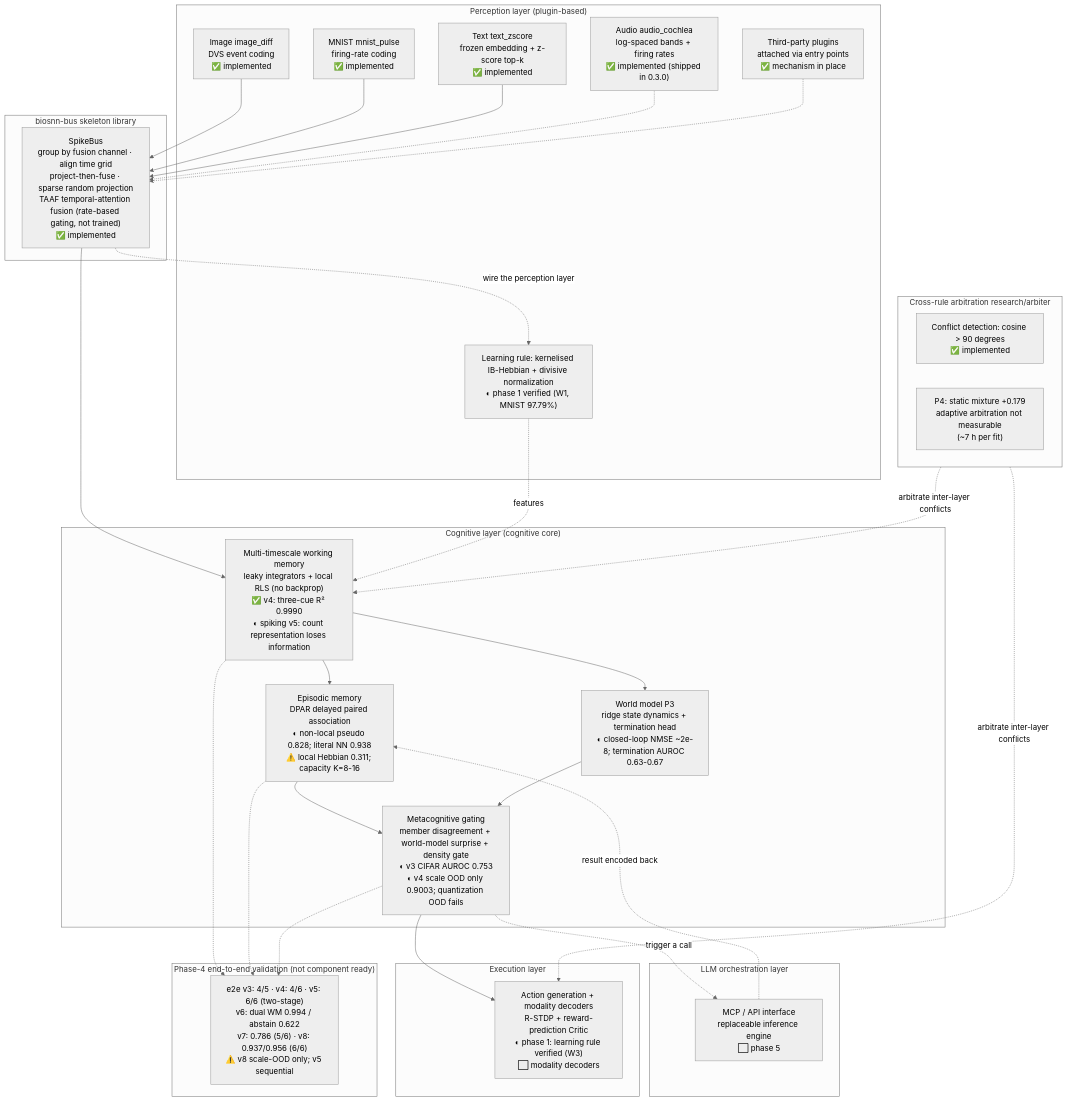
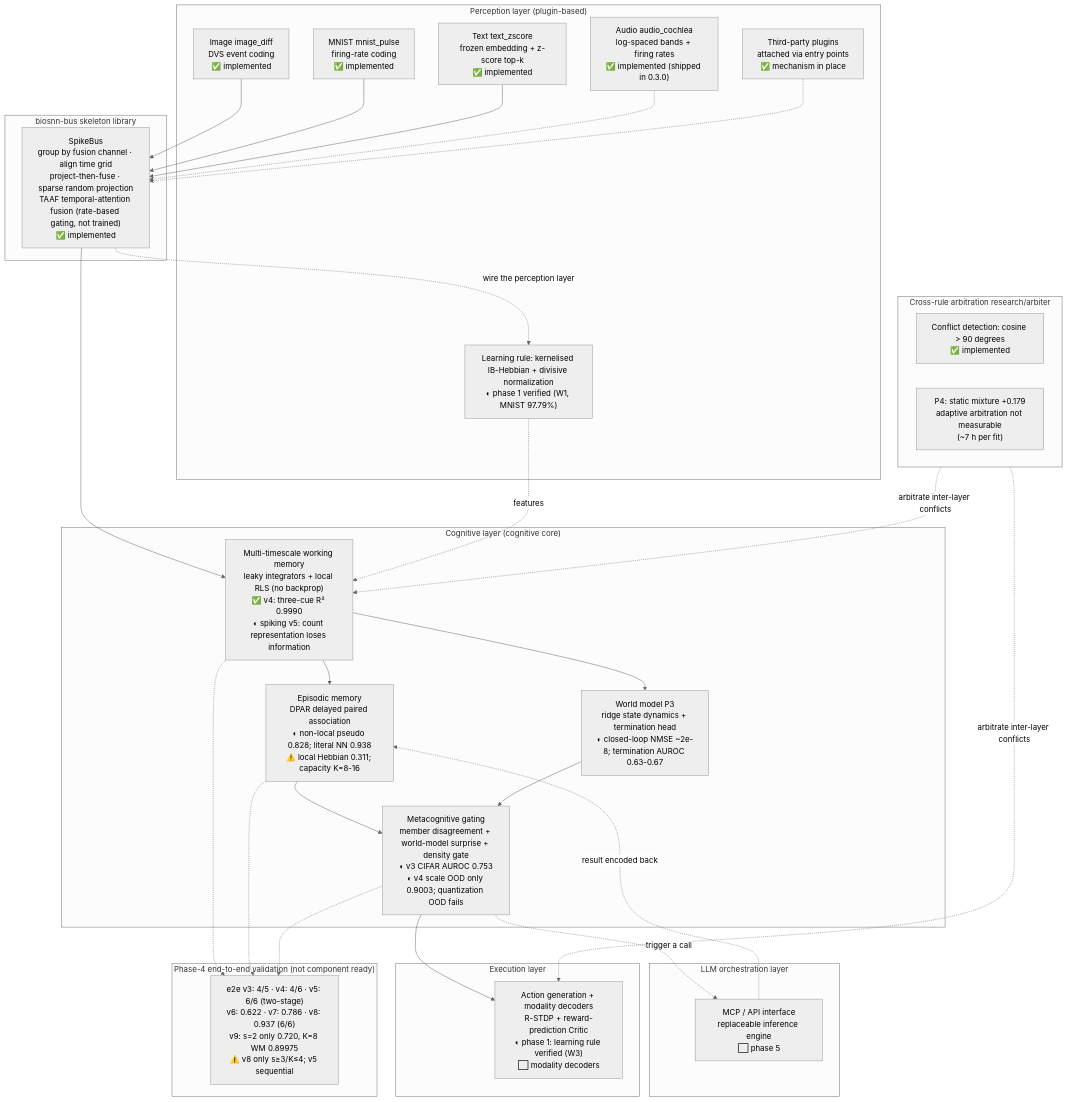
One commit to lzmd-arch/BioSNN-Plug changed the diagram in README.en.md. Above: the diagram before and after it, drawn with Mermaid (neutral theme). The commit also changed other lines of this file and 8 other files, not shown here.

````diff
--- a/README.en.md
+++ b/README.en.md
@@ -148,60 +148,60 @@
 ```mermaid
 flowchart TB
     subgraph L5["LLM orchestration layer"]
         MCP["MCP / API interface<br/>replaceable inference engine<br/>⬜ phase 5"]
     end
 
     subgraph L4["Execution layer"]
         ACT["Action generation + modality decoders<br/>R-STDP + reward-prediction Critic<br/>◐ phase 1: learning rule verified (W3)<br/>⬜ modality decoders"]
     end
 
     subgraph L3["Cognitive layer (cognitive core)"]
         WM["Multi-timescale working memory<br/>leaky integrators + local RLS (no backprop)<br/>✅ v4: three-cue R² 0.9990<br/>◐ spiking v5: count representation loses information"]
         EM["Episodic memory<br/>DPAR delayed paired association<br/>◐ non-local pseudo 0.828; literal NN 0.938<br/>⚠️ local Hebbian 0.311; capacity K=8-16"]
         MG["Metacognitive gating<br/>member disagreement + world-model surprise + density gate<br/>◐ v3 CIFAR AUROC 0.753<br/>◐ v4 scale OOD only 0.9003; quantization OOD fails"]
         WMODEL["World model P3<br/>ridge state dynamics + termination head<br/>◐ closed-loop NMSE ~2e-8; termination AUROC 0.63-0.67"]
     end
 
     subgraph ARB["Cross-rule arbitration research/arbiter"]
         CF["Conflict detection: cosine > 90 degrees<br/>✅ implemented"]
         ES["P4: static mixture +0.179<br/>adaptive arbitration not measurable<br/>(~7 h per fit)"]
     end
 
     subgraph L2["biosnn-bus skeleton library"]
         BUS["SpikeBus<br/>group by fusion channel · align time grid<br/>project-then-fuse · sparse random projection<br/>TAAF temporal-attention fusion (rate-based gating, not trained)<br/>✅ implemented"]
     end
 
     subgraph L1["Perception layer (plugin-based)"]
         IMG["Image image_diff<br/>DVS event coding<br/>✅ implemented"]
         MN["MNIST mnist_pulse<br/>firing-rate coding<br/>✅ implemented"]
         TXT["Text text_zscore<br/>frozen embedding + z-score top-k<br/>✅ implemented"]
         AUD["Audio audio_cochlea<br/>log-spaced bands + firing rates<br/>✅ implemented (shipped in 0.3.0)"]
         THIRD["Third-party plugins<br/>attached via entry points<br/>✅ mechanism in place"]
         HEB["Learning rule: kernelised IB-Hebbian + divisive normalization<br/>◐ phase 1 verified (W1, MNIST 97.79%)"]
     end
 
     IMG --> BUS
     MN --> BUS
     TXT --> BUS
     AUD -.-> BUS
     THIRD -.-> BUS
     BUS --> WM
     BUS -.->|wire the perception layer| HEB
     HEB -.->|features| WM
     WM --> EM
     WM --> WMODEL
     EM --> MG
     WMODEL --> MG
     MG --> ACT
     MG -.->|trigger a call| MCP
     MCP -.->|result encoded back| EM
     ARB -.->|arbitrate inter-layer conflicts| WM
     ARB -.->|arbitrate inter-layer conflicts| ACT
 
     subgraph S4["Phase-4 end-to-end validation (not component ready)"]
-        E2E["e2e v3: 4/5 · v4: 4/6 · v5: 6/6 (two-stage)<br/>v6: dual WM 0.994 / abstain 0.622<br/>v7: 0.786 (5/6) · v8: 0.937/0.956 (6/6)<br/>⚠️ v8 scale-OOD only; v5 sequential"]
+        E2E["e2e v3: 4/5 · v4: 4/6 · v5: 6/6 (two-stage)<br/>v6: 0.622 · v7: 0.786 · v8: 0.937 (6/6)<br/>v9: s=2 only 0.720, K=8 WM 0.89975<br/>⚠️ v8 only s≥3/K≤4; v5 sequential"]
     end
     WM -.-> E2E
     EM -.-> E2E
     MG -.-> E2E
 ```
````
